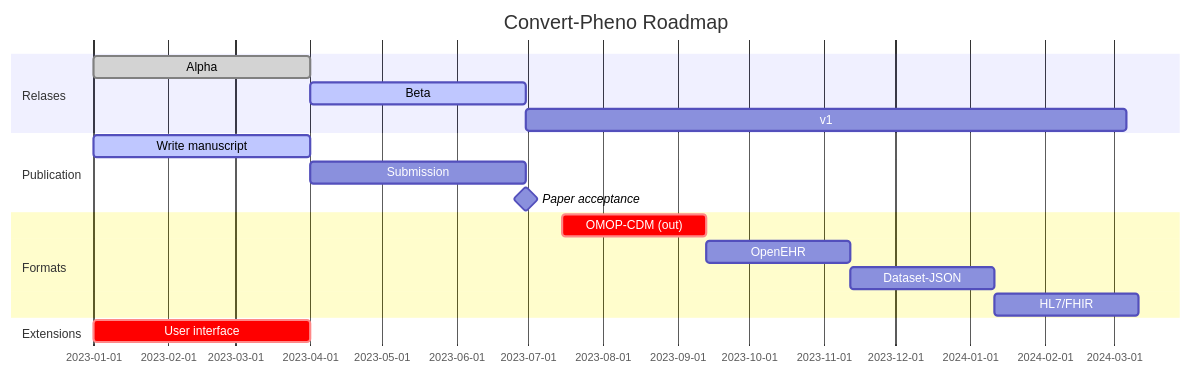
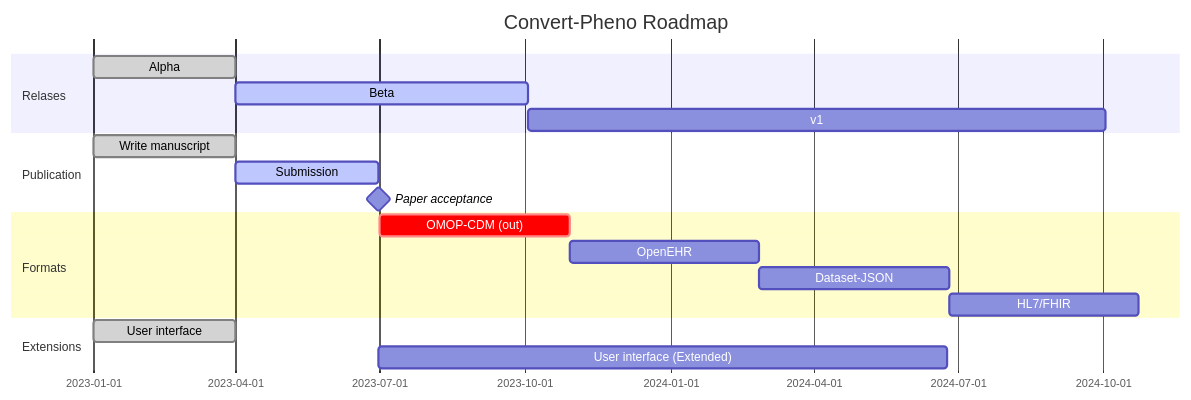
The diagram in docs/future-plans.md (CNAG-Biomedical-Informatics/convert-pheno), drawn with Mermaid before and after one commit. The commit also changed other lines of this file and 7 other files, not shown here.

````diff
--- a/docs/future-plans.md
+++ b/docs/future-plans.md
@@ -1,24 +1,25 @@
 ```mermaid
   gantt
     title Convert-Pheno Roadmap
     dateFormat  YYYY-MM-DD
 
     section Relases
     Alpha                     :done,      r1, 2023-01-01, 90d
-    Beta                      :active,    r2, after r1, 90d
-    v1                        :           r3, after r2, 250d
+    Beta                      :active,    r2, after r1, 185d
+    v1                        :           r3, after r2, 365d
 
     section Publication
-    Write manuscript          :active,     m1, 2023-01-01, 90d
-    Submission                :            m2, after m1, 90d
+    Write manuscript          :done,      m1, 2023-01-01, 90d
+    Submission                :active,    m2, after m1, 90d
     Paper acceptance          :milestone, after m2, 0d
 
     section Formats
-    OMOP-CDM (out)  :crit, f1, 2023-07-15, 60d
-    OpenEHR         :      f2, after f1, 60d
-    Dataset-JSON    :      f3, after f2, 60d
-    HL7/FHIR        :      f4, after f3, 60d
+    OMOP-CDM (out)  :crit, f1, 2023-07-01, 120d
+    OpenEHR         :      f2, after f1, 120d
+    Dataset-JSON    :      f3, after f2, 120d
+    HL7/FHIR        :      f4, after f3, 120d
 
     section Extensions
-    User interface  :crit, e1, 2023-01-01, 90d
+    User interface            :done,   e1, 2023-01-01, 90d
+    User interface (Extended) :        after m2, 360d
 ```
````
